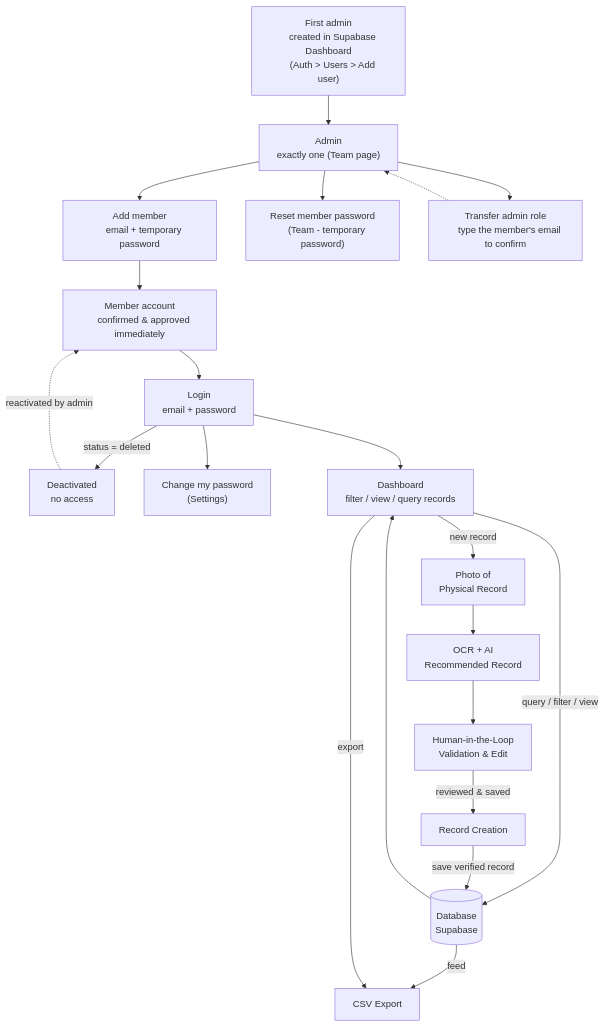
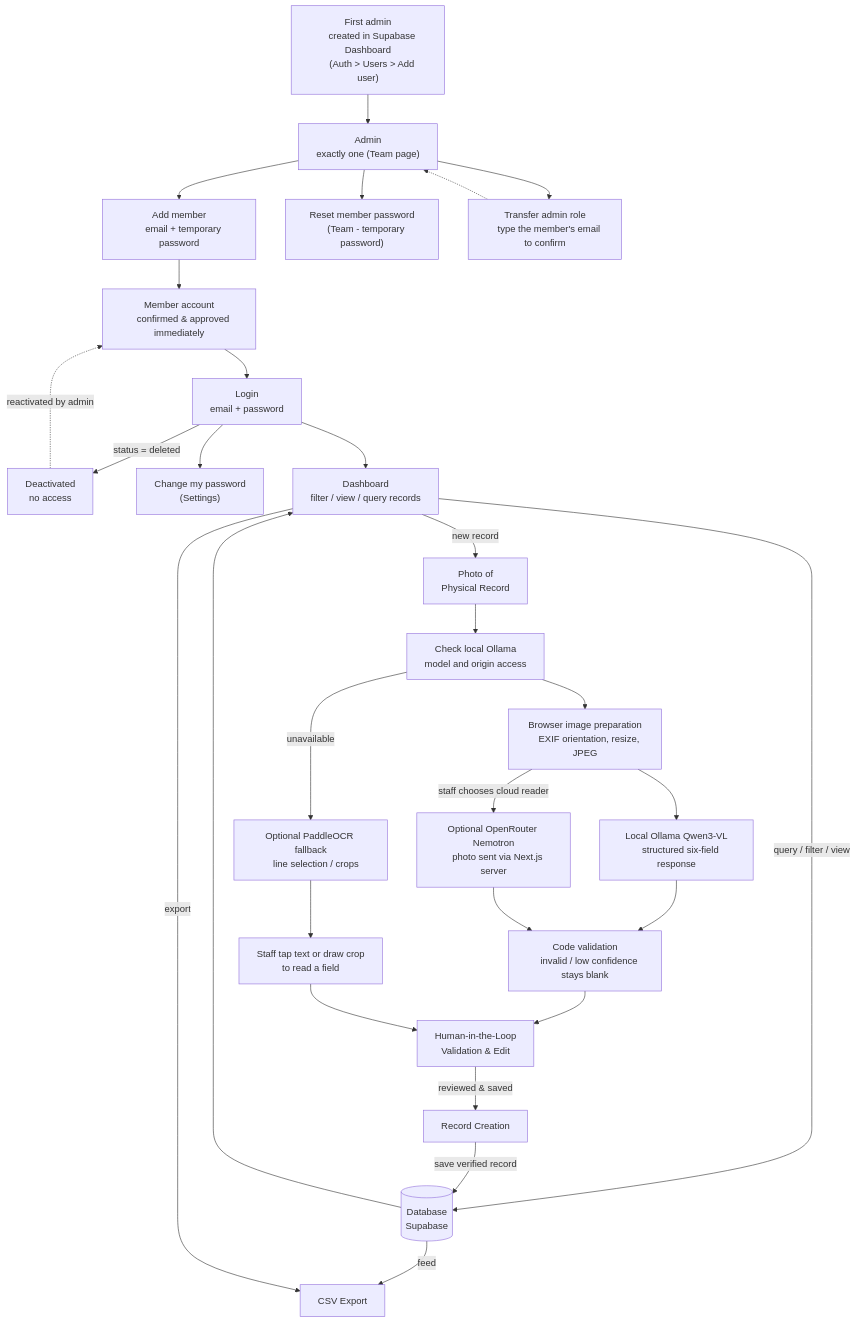
Before and after one commit to Monotonality/LapidaryArtsOCRPipeline: the diagram in docs/workflow-diagram.md, drawn with Mermaid. The commit also changed other lines of this file and 18 other files, not shown here.

````diff
--- a/docs/workflow-diagram.md
+++ b/docs/workflow-diagram.md
@@ -3,58 +3,78 @@
 ```mermaid
 flowchart TD
     FirstAdmin["First admin
     created in Supabase Dashboard
     (Auth > Users > Add user)"]
     Login["Login
     email + password"]
     Deactivated["Deactivated
     no access"]
     Admin["Admin
     exactly one (Team page)"]
     AddMember["Add member
     email + temporary password"]
     Member["Member account
     confirmed & approved immediately"]
     ChangePw["Change my password
     (Settings)"]
     ResetPw["Reset member password
     (Team - temporary password)"]
     Transfer["Transfer admin role
     type the member's email to confirm"]
 
     Dash["Dashboard
     filter / view / query records"]
     DB[("Database
     Supabase")]
     CSV["CSV Export"]
 
     Create["Record Creation"]
     Validate["Human-in-the-Loop
     Validation & Edit"]
-    OCR["OCR + AI
-    Recommended Record"]
+    Prepare["Browser image preparation
+    EXIF orientation, resize, JPEG"]
+    Health["Check local Ollama
+    model and origin access"]
+    OCR["Local Ollama Qwen3-VL
+    structured six-field response"]
+    Cloud["Optional OpenRouter Nemotron
+    photo sent via Next.js server"]
+    Check["Code validation
+    invalid / low confidence stays blank"]
+    Fallback["Optional PaddleOCR fallback
+    line selection / crops"]
+    Select["Staff tap text or draw crop
+    to read a field"]
     Photo["Photo of
     Physical Record"]
 
     FirstAdmin --> Admin
     Admin --> AddMember
     Admin --> ResetPw
     Admin --> Transfer
     AddMember --> Member
     Transfer -.-> Admin
     Member --> Login
     Login -->|status = deleted| Deactivated
     Deactivated -.->|reactivated by admin| Member
     Login --> ChangePw
     Login --> Dash
 
     Dash -->|query / filter / view| DB
     DB -->|feed| CSV
     Dash -->|export| CSV
     Dash -->|new record| Photo
-    Photo --> OCR
-    OCR --> Validate
+    Photo --> Health
+    Health --> Prepare
+    Prepare --> OCR
+    Prepare -->|staff chooses cloud reader| Cloud
+    OCR --> Check
+    Cloud --> Check
+    Check --> Validate
+    Health -->|unavailable| Fallback
+    Fallback --> Select
+    Select --> Validate
     Validate -->|reviewed & saved| Create
     Create -->|save verified record| DB
     DB --> Dash
 ```
````
